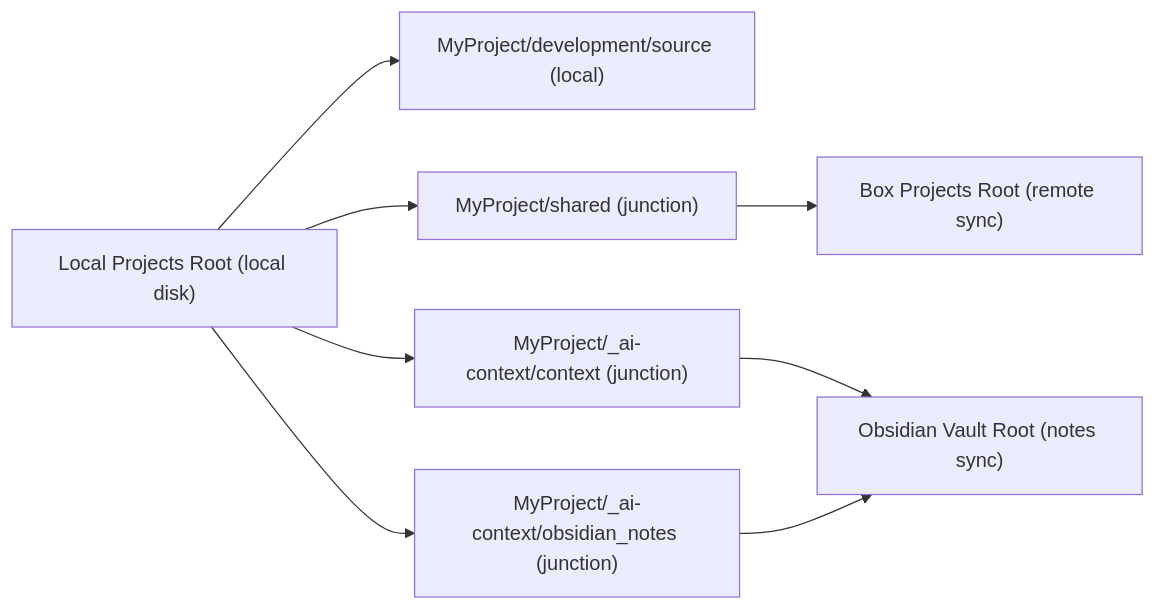
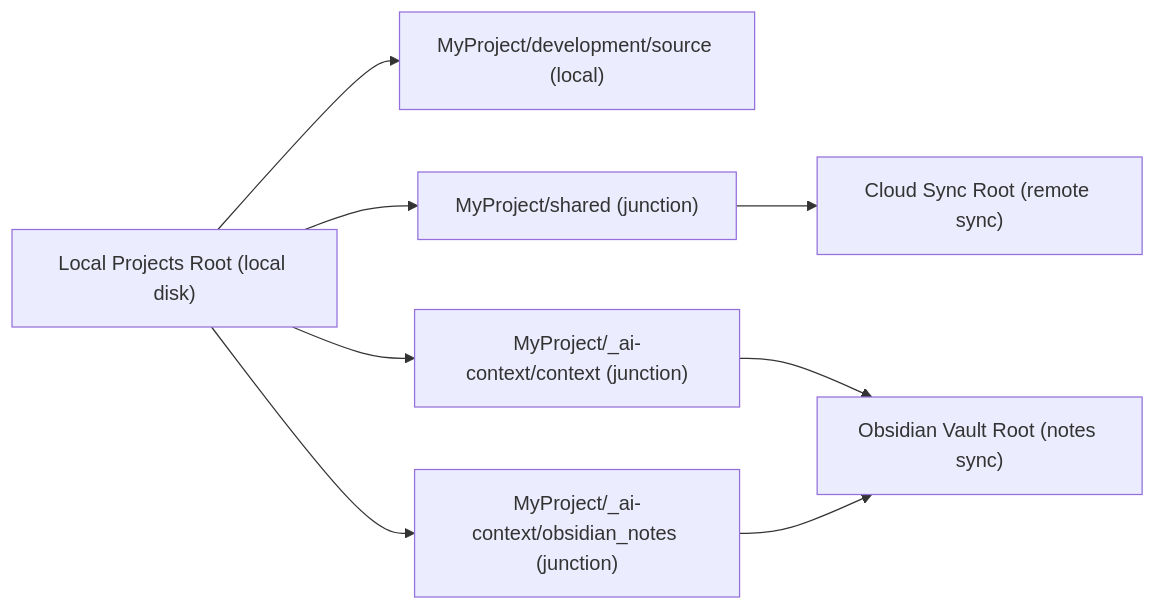
Before and after one commit to yt3trees/ProjectCurator: the second of 5 diagrams in README.md, drawn with Mermaid. The commit also changed other lines of this file and 15 other files, not shown here.

Commit message:
refactor: rename Box roots to cloud sync roots

````diff
--- a/README.md
+++ b/README.md
@@ -125,15 +125,15 @@
 ```mermaid
 flowchart LR
     L["Local Projects Root (local disk)"]
-    B["Box Projects Root (remote sync)"]
+    B["Cloud Sync Root (remote sync)"]
     O["Obsidian Vault Root (notes sync)"]
 
     L --> P["MyProject/development/source (local)"]
     L --> J1["MyProject/shared (junction)"]
     L --> J2["MyProject/_ai-context/context (junction)"]
     L --> J3["MyProject/_ai-context/obsidian_notes (junction)"]
 
     J1 --> B
     J2 --> O
     J3 --> O
 ```
````
